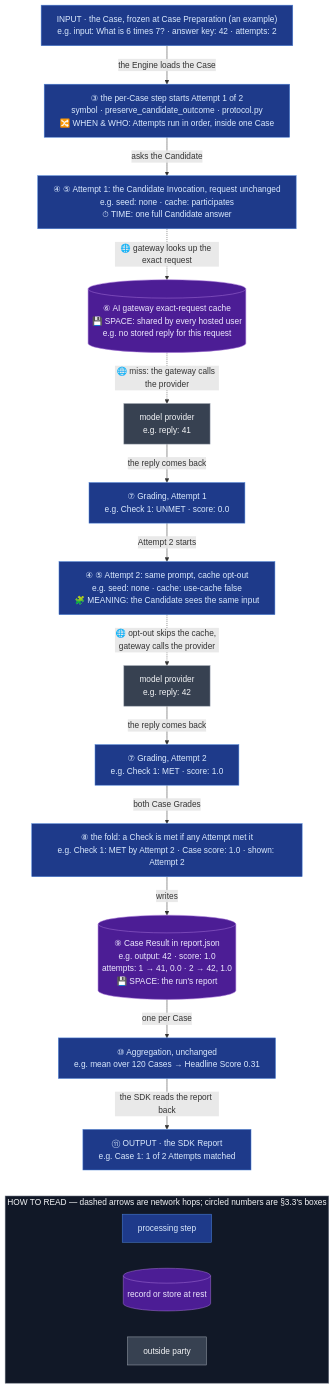
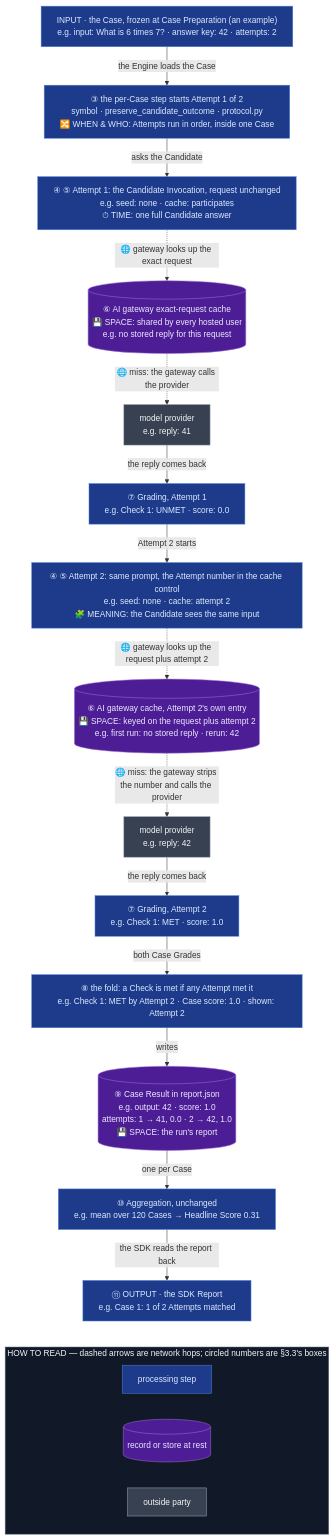
The second of 3 diagrams in docs/spec/2026-10-07-OME-1458-attempts-per-case.md (ScreamingFace/screamingface), drawn with Mermaid before and after one commit. The commit also changed other lines of this file, not shown here.

Commit message:
docs(screamingface-engine): give each unseeded Attempt its own cache entry so a rerun replays every Attempt

````diff
--- a/docs/spec/2026-10-07-OME-1458-attempts-per-case.md
+++ b/docs/spec/2026-10-07-OME-1458-attempts-per-case.md
@@ -227,43 +236,45 @@
 ```mermaid
 %%{init: {"flowchart": {"wrappingWidth": 460}}}%%
 flowchart TB
   s0["INPUT · the Case, frozen at Case Preparation (an example)<br/>e.g. input: What is 6 times 7? · answer key: 42 · attempts: 2"]
   s3["③ the per-Case step starts Attempt 1 of 2<br/>symbol · preserve_candidate_outcome · protocol.py<br/>🔀 WHEN & WHO: Attempts run in order, inside one Case"]
   s4a["④ ⑤ Attempt 1: the Candidate Invocation, request unchanged<br/>e.g. seed: none · cache: participates<br/>⏱ TIME: one full Candidate answer"]
   c1[("⑥ AI gateway exact-request cache<br/>💾 SPACE: shared by every hosted user<br/>e.g. no stored reply for this request")]
   p1["model provider<br/>e.g. reply: 41"]
   s7a["⑦ Grading, Attempt 1<br/>e.g. Check 1: UNMET · score: 0.0"]
-  s4b["④ ⑤ Attempt 2: same prompt, cache opt-out<br/>e.g. seed: none · cache: use-cache false<br/>🧩 MEANING: the Candidate sees the same input"]
+  s4b["④ ⑤ Attempt 2: same prompt, the Attempt number in the cache control<br/>e.g. seed: none · cache: attempt 2<br/>🧩 MEANING: the Candidate sees the same input"]
+  c2[("⑥ AI gateway cache, Attempt 2's own entry<br/>💾 SPACE: keyed on the request plus attempt 2<br/>e.g. first run: no stored reply · rerun: 42")]
   p2["model provider<br/>e.g. reply: 42"]
   s7b["⑦ Grading, Attempt 2<br/>e.g. Check 1: MET · score: 1.0"]
   s8["⑧ the fold: a Check is met if any Attempt met it<br/>e.g. Check 1: MET by Attempt 2 · Case score: 1.0 · shown: Attempt 2"]
   r9[("⑨ Case Result in report.json<br/>e.g. output: 42 · score: 1.0<br/>attempts: 1 → 41, 0.0 · 2 → 42, 1.0<br/>💾 SPACE: the run's report")]
   s10["⑩ Aggregation, unchanged<br/>e.g. mean over 120 Cases → Headline Score 0.31"]
   s11["⑪ OUTPUT · the SDK Report<br/>e.g. Case 1: 1 of 2 Attempts matched"]
   s0 -->|the Engine loads the Case| s3
   s3 -->|asks the Candidate| s4a
   s4a -.->|🌐 gateway looks up the exact request| c1
   c1 -.->|🌐 miss: the gateway calls the provider| p1
   p1 -->|the reply comes back| s7a
   s7a -->|Attempt 2 starts| s4b
-  s4b -.->|🌐 opt-out skips the cache, gateway calls the provider| p2
+  s4b -.->|🌐 gateway looks up the request plus attempt 2| c2
+  c2 -.->|🌐 miss: the gateway strips the number and calls the provider| p2
   p2 -->|the reply comes back| s7b
   s7b -->|both Case Grades| s8
   s8 -->|writes| r9
   r9 -->|one per Case| s10
   s10 -->|the SDK reads the report back| s11
   subgraph KEY["HOW TO READ — dashed arrows are network hops; circled numbers are §3.3's boxes"]
     direction LR
     k1["processing step"]
     k2[("record or store at rest")]
     k3["outside party"]
   end
   s11 ~~~ KEY
   classDef stage fill:#1e3a8a,stroke:#4a7fd4,color:#dbeafe
   classDef data  fill:#4c1d95,stroke:#a06ed4,color:#ede9fe
   classDef plain fill:#374151,stroke:#9ca3af,color:#f3f4f6
   class s0,s3,s4a,s4b,s7a,s7b,s8,s10,s11,k1 stage
-  class c1,r9,k2 data
+  class c1,c2,r9,k2 data
   class p1,p2,k3 plain
   style KEY fill:#111827,stroke:#6b7280,color:#f3f4f6
 ```
````
